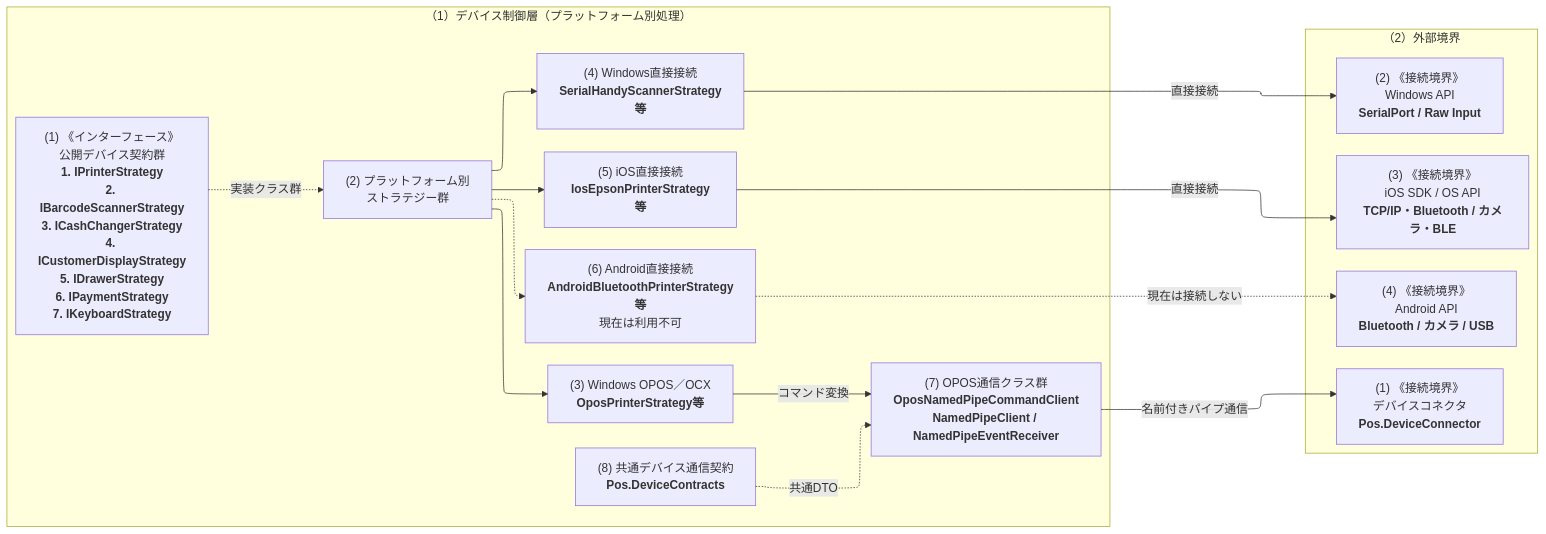
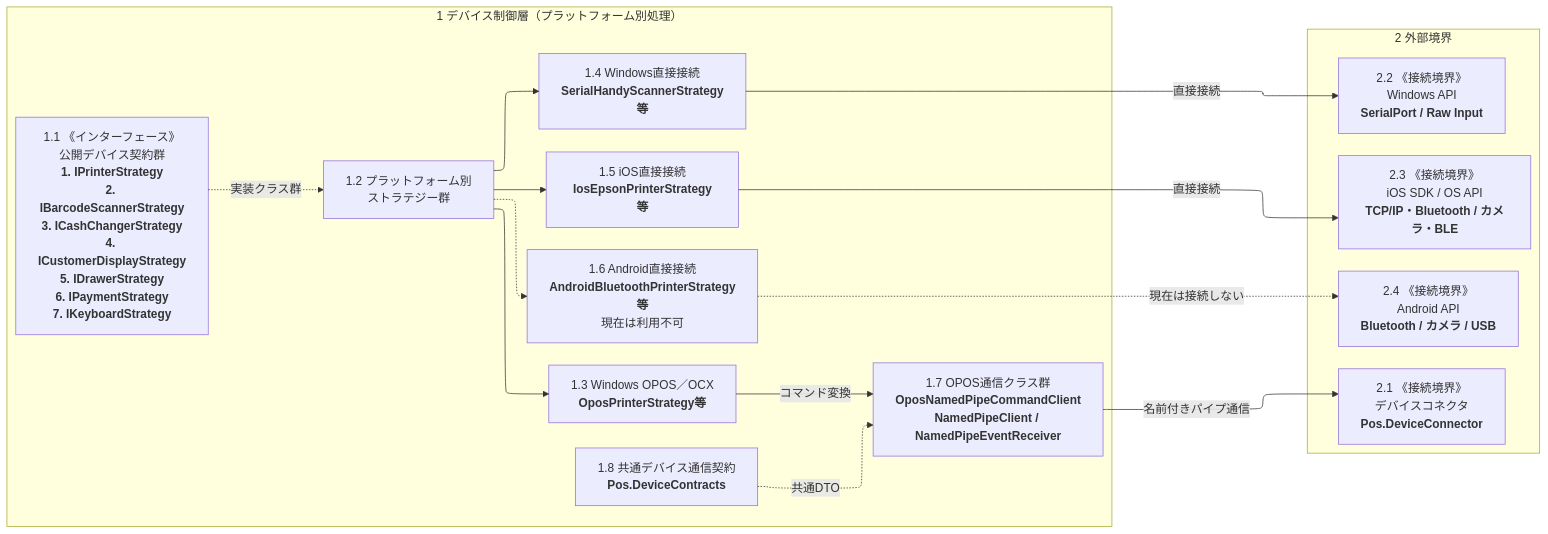
Before and after one commit to vti-sam/smj-ks-pos-stored: the third of 3 diagrams in artifacts/reports/device-control/20_基本設計/クラス構成図_端末アプリ_デバイス制御/クラス構成図_端末アプリ_デバイス制御.md, drawn with Mermaid. The commit also changed other lines of this file and 40 other files, not shown here.

Commit message:
Update device control documents and editable diagrams

````diff
--- a/artifacts/reports/device-control/20_基本設計/クラス構成図_端末アプリ_デバイス制御/クラス構成図_端末アプリ_デバイス制御.md
+++ b/artifacts/reports/device-control/20_基本設計/クラス構成図_端末アプリ_デバイス制御/クラス構成図_端末アプリ_デバイス制御.md
@@ -379,66 +473,66 @@
 ```mermaid
 ---
 config:
  layout: elk
  elk:
  mergeEdges: false
  nodePlacementStrategy: BRANDES_KOEPF
  cycleBreakingStrategy: GREEDY
  flowchart:
  curve: linear
  nodeSpacing: 26
  rankSpacing: 50
 ---
 flowchart LR
  %% diagram-profile=logical-architecture
 %% legend-bind container.PLATFORM_DOMAIN=デバイス制御領域
 %% legend-bind container.EXTERNAL_DOMAIN=《接続境界》
  %% legend-bind class.classNode=クラス
  %% legend-bind class.interfaceNode=公開インターフェース
  %% legend-bind class.contractNode=共通通信契約
  %% legend-bind class.boundaryNode=《接続境界》
  %% legend-bind class.unavailableNode=利用対象外実装
  %% legend-bind edge.default=━━▶ 主な関係
  %% legend-bind edge.dashed=┄┄▶ 補助関係
  %% legend-bind label=コネクターラベル
- subgraph PLATFORM_DOMAIN["（1）デバイス制御層（プラットフォーム別処理）"]
- CONTRACT["(1) 《インターフェース》<br/>公開デバイス契約群<br/><b>1. IPrinterStrategy<br/>2. IBarcodeScannerStrategy<br/>3. ICashChangerStrategy<br/>4. ICustomerDisplayStrategy<br/>5. IDrawerStrategy<br/>6. IPaymentStrategy<br/>7. IKeyboardStrategy</b>"]
- PLATFORM["(2) プラットフォーム別<br/>ストラテジー群"]
- OPOS["(3) Windows OPOS／OCX<br/><b>OposPrinterStrategy等</b>"]
- WIN_DIRECT["(4) Windows直接接続<br/><b>SerialHandyScannerStrategy等</b>"]
- IOS["(5) iOS直接接続<br/><b>IosEpsonPrinterStrategy等</b>"]
- ANDROID["(6) Android直接接続<br/><b>AndroidBluetoothPrinterStrategy等</b><br/>現在は利用不可"]
- OPOS_COMM["(7) OPOS通信クラス群<br/><b>OposNamedPipeCommandClient<br/>NamedPipeClient / NamedPipeEventReceiver</b>"]
- DEVICE_CONTRACTS["(8) 共通デバイス通信契約<br/><b>Pos.DeviceContracts</b>"]
+ subgraph PLATFORM_DOMAIN["1 デバイス制御層（プラットフォーム別処理）"]
+ CONTRACT["1.1 《インターフェース》<br/>公開デバイス契約群<br/><b>1. IPrinterStrategy<br/>2. IBarcodeScannerStrategy<br/>3. ICashChangerStrategy<br/>4. ICustomerDisplayStrategy<br/>5. IDrawerStrategy<br/>6. IPaymentStrategy<br/>7. IKeyboardStrategy</b>"]
+ PLATFORM["1.2 プラットフォーム別<br/>ストラテジー群"]
+ OPOS["1.3 Windows OPOS／OCX<br/><b>OposPrinterStrategy等</b>"]
+ WIN_DIRECT["1.4 Windows直接接続<br/><b>SerialHandyScannerStrategy等</b>"]
+ IOS["1.5 iOS直接接続<br/><b>IosEpsonPrinterStrategy等</b>"]
+ ANDROID["1.6 Android直接接続<br/><b>AndroidBluetoothPrinterStrategy等</b><br/>現在は利用不可"]
+ OPOS_COMM["1.7 OPOS通信クラス群<br/><b>OposNamedPipeCommandClient<br/>NamedPipeClient / NamedPipeEventReceiver</b>"]
+ DEVICE_CONTRACTS["1.8 共通デバイス通信契約<br/><b>Pos.DeviceContracts</b>"]
 
  CONTRACT -.->|実装クラス群| PLATFORM
  PLATFORM --> OPOS
  PLATFORM --> WIN_DIRECT
  PLATFORM --> IOS
  PLATFORM -.-> ANDROID
  OPOS -->|コマンド変換| OPOS_COMM
  DEVICE_CONTRACTS -.->|共通DTO| OPOS_COMM
  end
 
- subgraph EXTERNAL_DOMAIN["（2）外部境界"]
- CONNECTOR["(1) 《接続境界》<br/>デバイスコネクタ<br/><b>Pos.DeviceConnector</b>"]
- WIN_API["(2) 《接続境界》<br/>Windows API<br/><b>SerialPort / Raw Input</b>"]
- IOS_API["(3) 《接続境界》<br/>iOS SDK / OS API<br/><b>TCP/IP・Bluetooth / カメラ・BLE</b>"]
- ANDROID_API["(4) 《接続境界》<br/>Android API<br/><b>Bluetooth / カメラ / USB</b>"]
+ subgraph EXTERNAL_DOMAIN["2 外部境界"]
+ CONNECTOR["2.1 《接続境界》<br/>デバイスコネクタ<br/><b>Pos.DeviceConnector</b>"]
+ WIN_API["2.2 《接続境界》<br/>Windows API<br/><b>SerialPort / Raw Input</b>"]
+ IOS_API["2.3 《接続境界》<br/>iOS SDK / OS API<br/><b>TCP/IP・Bluetooth / カメラ・BLE</b>"]
+ ANDROID_API["2.4 《接続境界》<br/>Android API<br/><b>Bluetooth / カメラ / USB</b>"]
  end
 
  OPOS_COMM -->|名前付きパイプ通信| CONNECTOR
  WIN_DIRECT -->|直接接続| WIN_API
  IOS -->|直接接続| IOS_API
  ANDROID -.->|現在は接続しない| ANDROID_API
 
  CONTRACT ~~~ CONNECTOR
  PLATFORM ~~~ IOS_API
  DEVICE_CONTRACTS ~~~ ANDROID_API
 
  class CONTRACT interfaceNode
  class PLATFORM,OPOS,WIN_DIRECT,IOS,OPOS_COMM classNode
  class DEVICE_CONTRACTS contractNode
  class CONNECTOR,WIN_API,IOS_API boundaryNode
  class ANDROID,ANDROID_API unavailableNode
 ```
````
